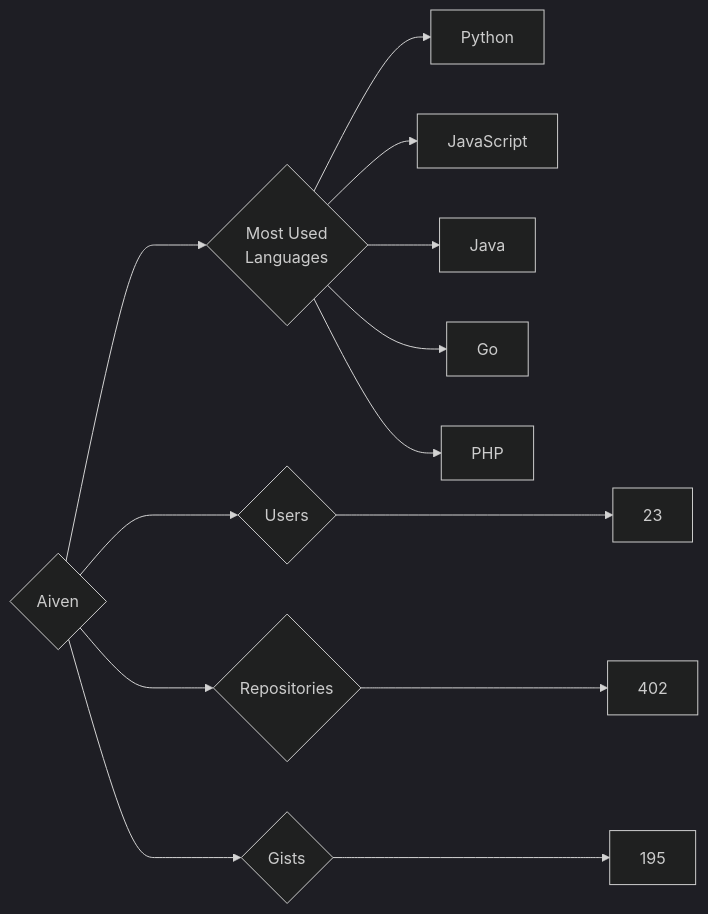
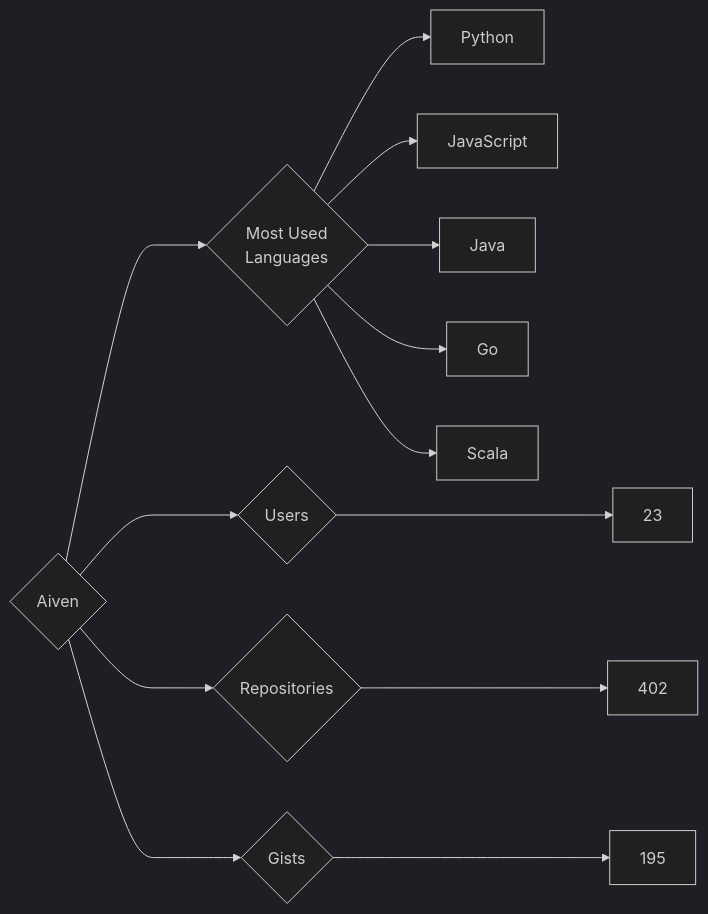
One commit to trickest/insiders changed the diagram in targets/Aiven/README.md. Above: the diagram before and after it, drawn with Mermaid (dark theme). The commit also changed 951 other files, not shown here.

````diff
--- a/targets/Aiven/README.md
+++ b/targets/Aiven/README.md
@@ -3,13 +3,13 @@
 ```mermaid
 graph LR
 COMPANY_NAME{Aiven}
 COMPANY_NAME ---> U{Users} ---> UN[23]
 COMPANY_NAME ---> R{Repositories} ---> RN[402]
 COMPANY_NAME ---> G{Gists} ---> GN[195]
 COMPANY_NAME ---> ML{Most Used<br>Languages}
 ML --> Python[Python]
 ML --> JavaScript[JavaScript]
 ML --> Java[Java]
 ML --> Go[Go]
-ML --> PHP[PHP]
+ML --> Scala[Scala]
 ```
````
